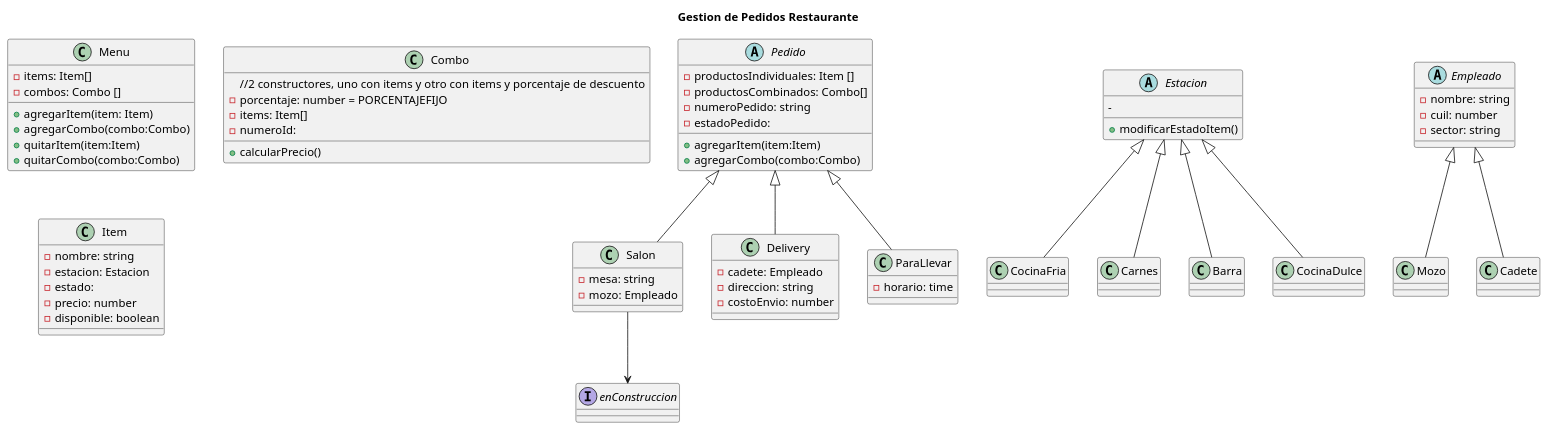
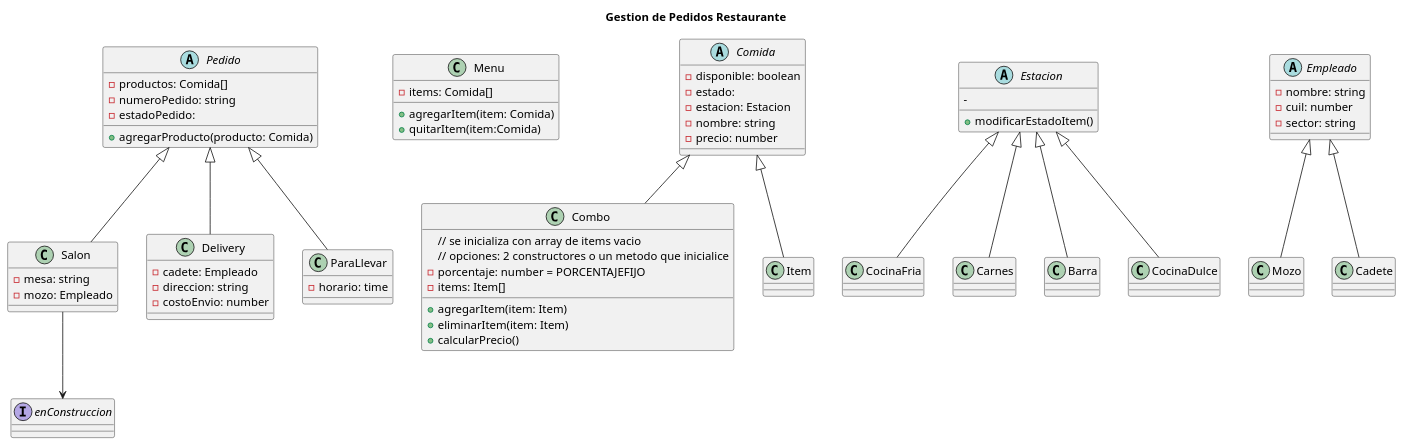
The diagram in diagrams/clases.puml (FedericoGonzalez1988/tp_prog2_grupo8), drawn with PlantUML before and after one commit. The commit also changed 2 other files, not shown here.

Commit message:
Agregado clase abstracta Comida, corrección clase Item y corrección de diagrama de clases según lo hablado en clase

```diff
--- a/diagrams/clases.puml
+++ b/diagrams/clases.puml
@@ -1,103 +1,103 @@
 @startuml Gestion de Pedidos Restaurante
 
 title Gestion de Pedidos Restaurante
 
 abstract class Pedido {
 
-    -productosIndividuales: Item []
-    -productosCombinados: Combo[]
+
+    -productos: Comida[]
     -numeroPedido: string
     -estadoPedido: 
 
-    +agregarItem(item:Item)
-    +agregarCombo(combo:Combo)
+    +agregarProducto(producto: Comida)
 
 }
 
 class Salon extends Pedido{
     -mesa: string
     -mozo: Empleado
 }
 
 class Delivery extends Pedido{
     -cadete: Empleado
     -direccion: string
     -costoEnvio: number
 }
 
 class ParaLlevar extends Pedido{
 
     -horario: time
 
 }
 
 class Menu {
 
+    -items: Comida[]
+    +agregarItem(item: Comida)
+    +quitarItem(item:Comida)
+
+}
+abstract class Comida {
+    -disponible: boolean
+    -estado: 
+    -estacion: Estacion
+    -nombre: string
+    -precio: number
+
+
+}
+class Combo extends Comida {
+
+  // se inicializa con array de items vacio 
+  // opciones: 2 constructores o un metodo que inicialice
+    -porcentaje: number = PORCENTAJEFIJO
     -items: Item[]
-    -combos: Combo []
 
     +agregarItem(item: Item)
-    +agregarCombo(combo:Combo)
-    +quitarItem(item:Item)
-    +quitarCombo(combo:Combo)
-
-}
-
-class Combo {
-
-    //2 constructores, uno con items y otro con items y porcentaje de descuento
-    -porcentaje: number = PORCENTAJEFIJO
-    -items: Item[]
-    -numeroId:
-
+    +eliminarItem(item: Item)
     +calcularPrecio()
 }
 
-class Item {
-
--nombre: string
--estacion: Estacion
--estado: 
--precio: number
--disponible: boolean
+class Item extends Comida{
+    
 }
 
 
 abstract class Estacion {
     -
     +modificarEstadoItem()
 }
 class CocinaFria extends Estacion{
 
 }
 
 class Carnes extends Estacion{
 
 }
 class Barra extends Estacion{
 
 }
 class CocinaDulce extends Estacion{
 
 }
 
 interface enConstruccion {
 
 }
 
 abstract class Empleado {
     - nombre: string
     - cuil: number
     - sector: string
 }
 
 class Mozo extends Empleado {
     
 }
 class Cadete extends Empleado {
     
 }
 
 Salon --> enConstruccion
 
 @enduml
```
